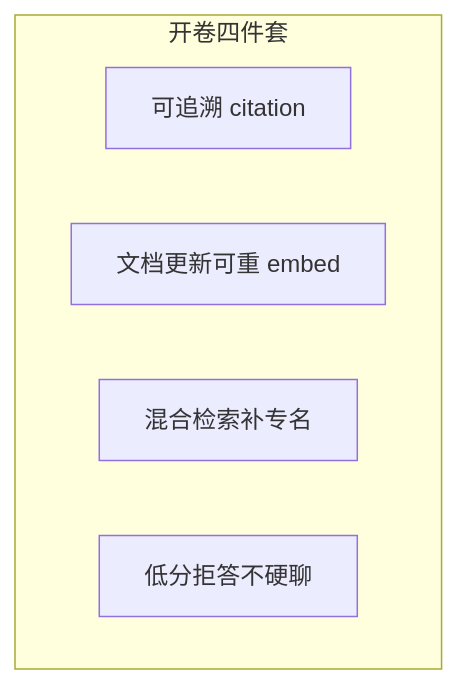
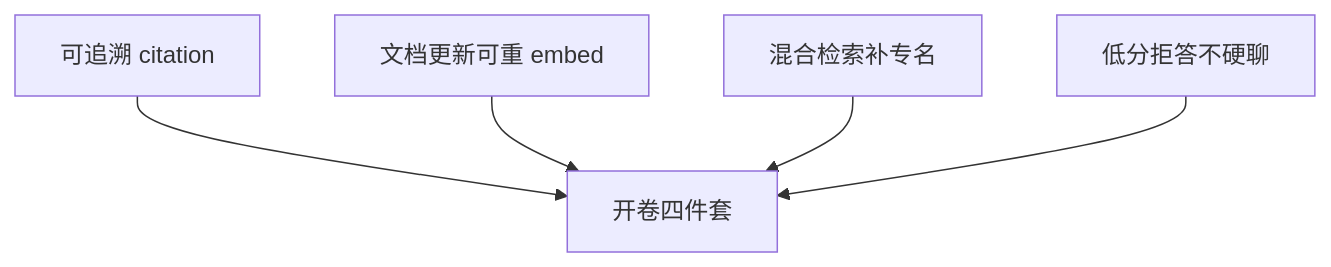
The third of 4 diagrams in 08-AI与智能运维/03-RAG检索增强/知识点.md (ml-cuizijun/LearnToLilith), drawn with Mermaid before and after one commit. The commit also changed other lines of this file and 178 other files, not shown here.

````diff
--- a/08-AI与智能运维/03-RAG检索增强/知识点.md
+++ b/08-AI与智能运维/03-RAG检索增强/知识点.md
@@ -217,9 +256,7 @@
 ```mermaid
 flowchart TB
-    subgraph rag_why ["开卷四件套"]
-        W1["可追溯 citation"]
-        W2["文档更新可重 embed"]
-        W3["混合检索补专名"]
-        W4["低分拒答不硬聊"]
-    end
+    W1["可追溯 citation"] --> CORE["开卷四件套"]
+    W2["文档更新可重 embed"] --> CORE
+    W3["混合检索补专名"] --> CORE
+    W4["低分拒答不硬聊"] --> CORE
 ```
````
